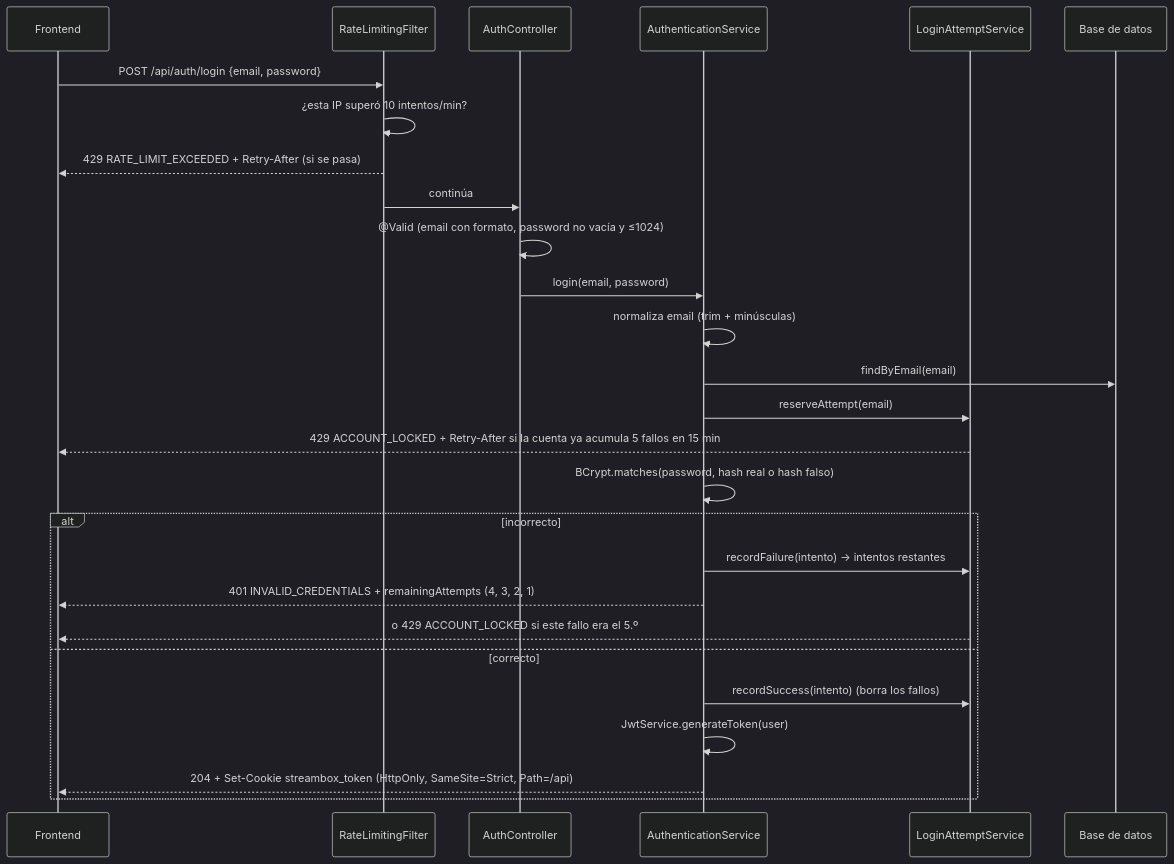
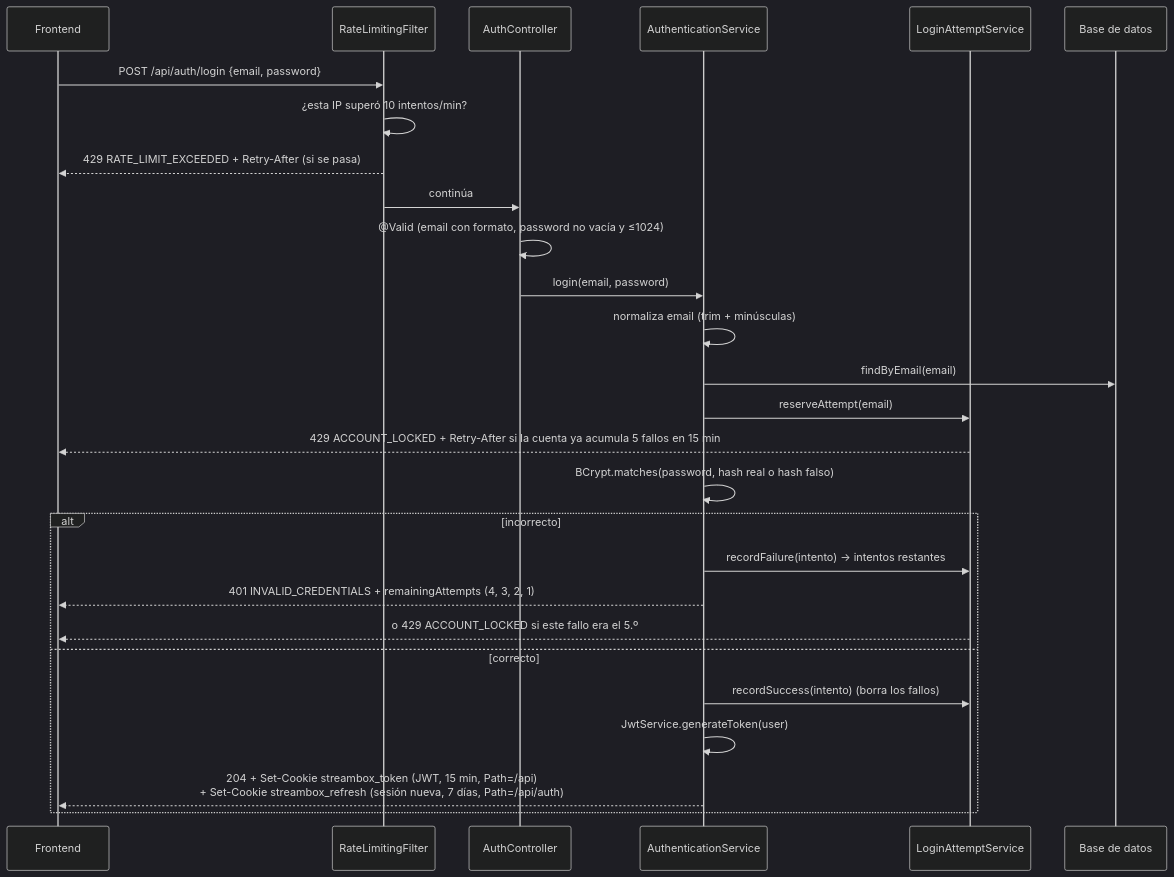
The second of 2 diagrams in docs/MANUAL_PROGRAMADOR.md (emiliogf10/streambox), drawn with Mermaid (dark theme) before and after one commit. The commit also changed other lines of this file and 128 other files, not shown here.

First line of the commit message:
feat: sesión con token corto y refresh rotatorio, caché con TanStack Query y logout honesto

````diff
--- a/docs/MANUAL_PROGRAMADOR.md
+++ b/docs/MANUAL_PROGRAMADOR.md
@@ -770,30 +778,30 @@
 ```mermaid
 sequenceDiagram
     participant F as Frontend
     participant RL as RateLimitingFilter
     participant C as AuthController
     participant A as AuthenticationService
     participant L as LoginAttemptService
     participant DB as Base de datos
 
     F->>RL: POST /api/auth/login {email, password}
     RL->>RL: ¿esta IP superó 10 intentos/min?
     RL-->>F: 429 RATE_LIMIT_EXCEEDED + Retry-After (si se pasa)
     RL->>C: continúa
     C->>C: @Valid (email con formato, password no vacía y ≤1024)
     C->>A: login(email, password)
     A->>A: normaliza email (trim + minúsculas)
     A->>DB: findByEmail(email)
     A->>L: reserveAttempt(email)
     L-->>F: 429 ACCOUNT_LOCKED + Retry-After si la cuenta ya acumula 5 fallos en 15 min
     A->>A: BCrypt.matches(password, hash real o hash falso)
     alt incorrecto
         A->>L: recordFailure(intento) → intentos restantes
         A-->>F: 401 INVALID_CREDENTIALS + remainingAttempts (4, 3, 2, 1)
         L-->>F: o 429 ACCOUNT_LOCKED si este fallo era el 5.º
     else correcto
         A->>L: recordSuccess(intento) (borra los fallos)
         A->>A: JwtService.generateToken(user)
-        A-->>F: 204 + Set-Cookie streambox_token (HttpOnly, SameSite=Strict, Path=/api)
+        A-->>F: 204 + Set-Cookie streambox_token (JWT, 15 min, Path=/api)<br/>+ Set-Cookie streambox_refresh (sesión nueva, 7 días, Path=/api/auth)
     end
 ```
````
